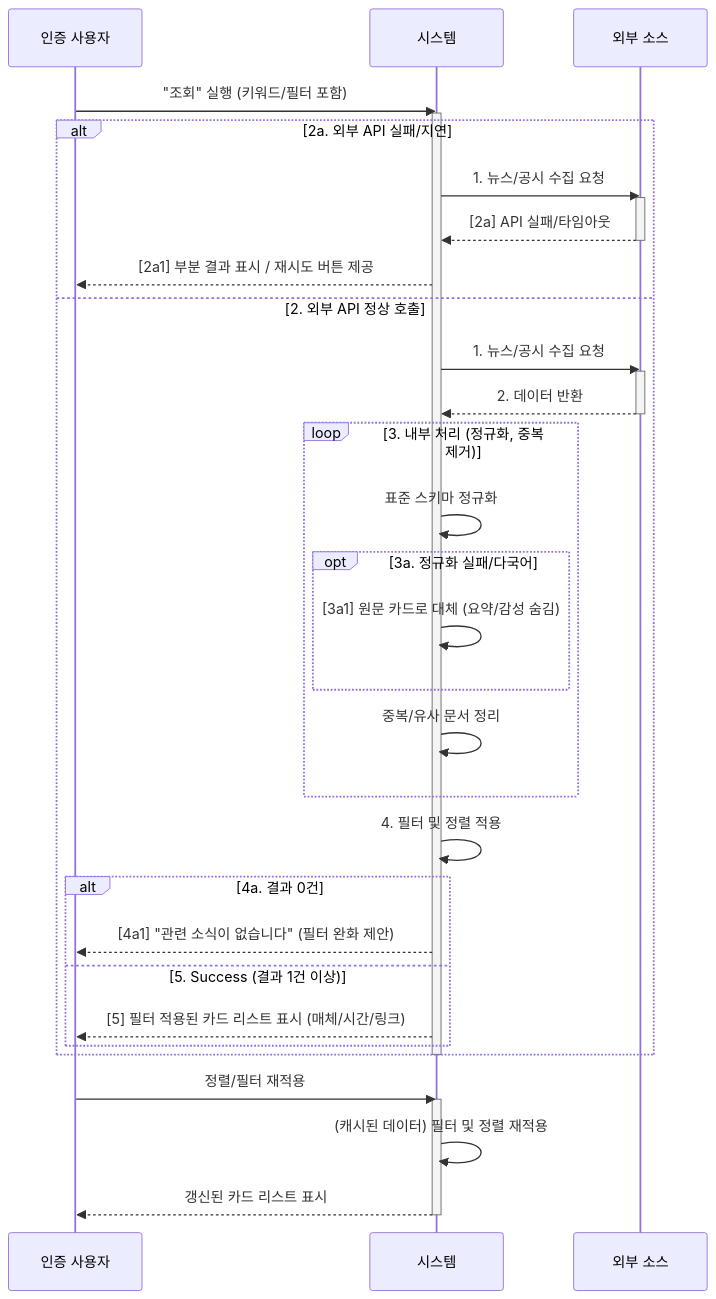
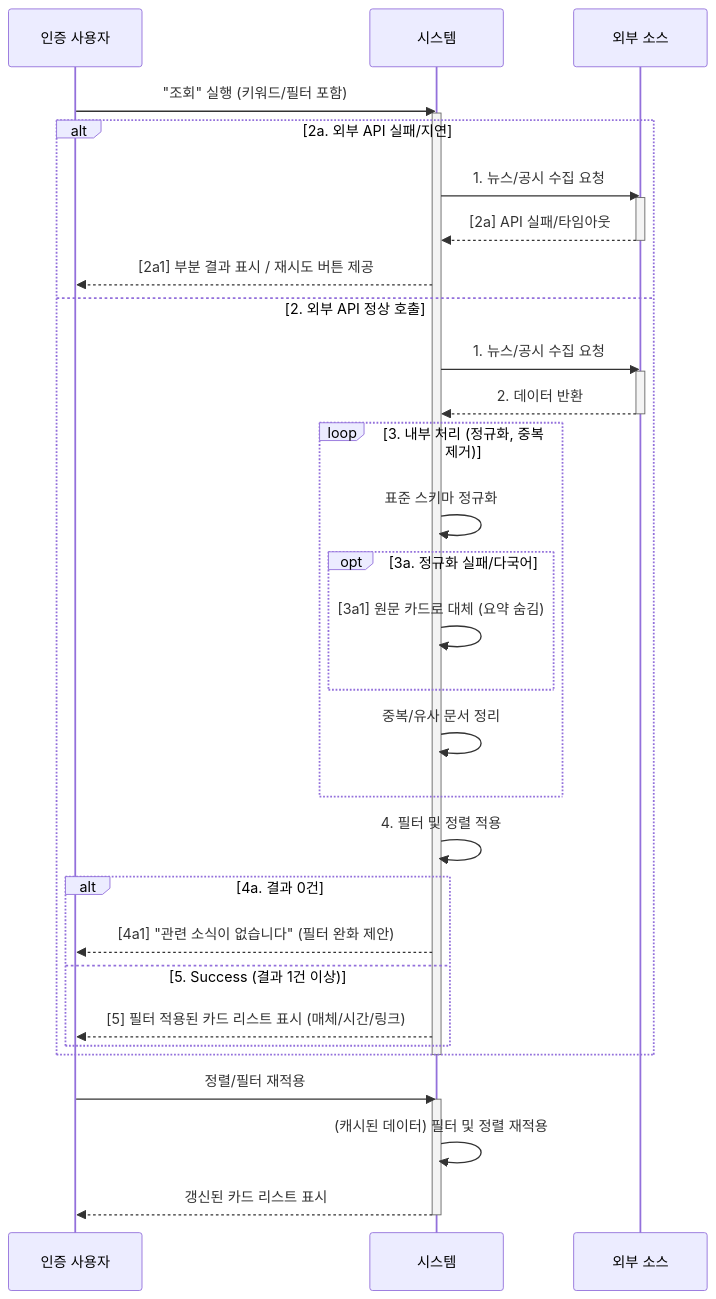
Diagram 11 of 17 in 문서/SDS/SDS_[Alphabot]_4_SequenceDiagram.md (YU-SoftwareEng/AlphaBot), drawn with Mermaid before and after one commit. The commit also changed other lines of this file and 4 other files, not shown here.

````diff
--- a/문서/SDS/SDS_[Alphabot]_4_SequenceDiagram.md
+++ b/문서/SDS/SDS_[Alphabot]_4_SequenceDiagram.md
@@ -355,47 +335,47 @@
 ```mermaid
 sequenceDiagram
     participant User as 인증 사용자
     participant System as 시스템
     participant ExternalSources as 외부 소스
 
     %% === 1. Main Flow: 최초 조회 ===
     User->>System: "조회" 실행 (키워드/필터 포함)
     activate System
 
     alt 2a. 외부 API 실패/지연
         System->>ExternalSources: 1. 뉴스/공시 수집 요청
         activate ExternalSources
         ExternalSources-->>System: [2a] API 실패/타임아웃
         deactivate ExternalSources
         System-->>User: [2a1] 부분 결과 표시 / 재시도 버튼 제공
     else 2. 외부 API 정상 호출
         System->>ExternalSources: 1. 뉴스/공시 수집 요청
         activate ExternalSources
         ExternalSources-->>System: 2. 데이터 반환
         deactivate ExternalSources
 
         loop 3. 내부 처리 (정규화, 중복 제거)
             System->>System: 표준 스키마 정규화
             opt 3a. 정규화 실패/다국어
-                System->>System: [3a1] 원문 카드로 대체 (요약/감성 숨김)
+                System->>System: [3a1] 원문 카드로 대체 (요약 숨김)
             end
             System->>System: 중복/유사 문서 정리
         end
 
         System->>System: 4. 필터 및 정렬 적용
 
         alt 4a. 결과 0건
             System-->>User: [4a1] "관련 소식이 없습니다" (필터 완화 제안)
         else 5. Success (결과 1건 이상)
             System-->>User: [5] 필터 적용된 카드 리스트 표시 (매체/시간/링크)
         end
     end
     deactivate System
 
     %% --- 5. Post Condition: 후속 상호작용 (필터/정렬 변경) ---
     User->>System: 정렬/필터 재적용
     activate System
     System->>System: (캐시된 데이터) 필터 및 정렬 재적용
     System-->>User: 갱신된 카드 리스트 표시
     deactivate System
 ```
````
